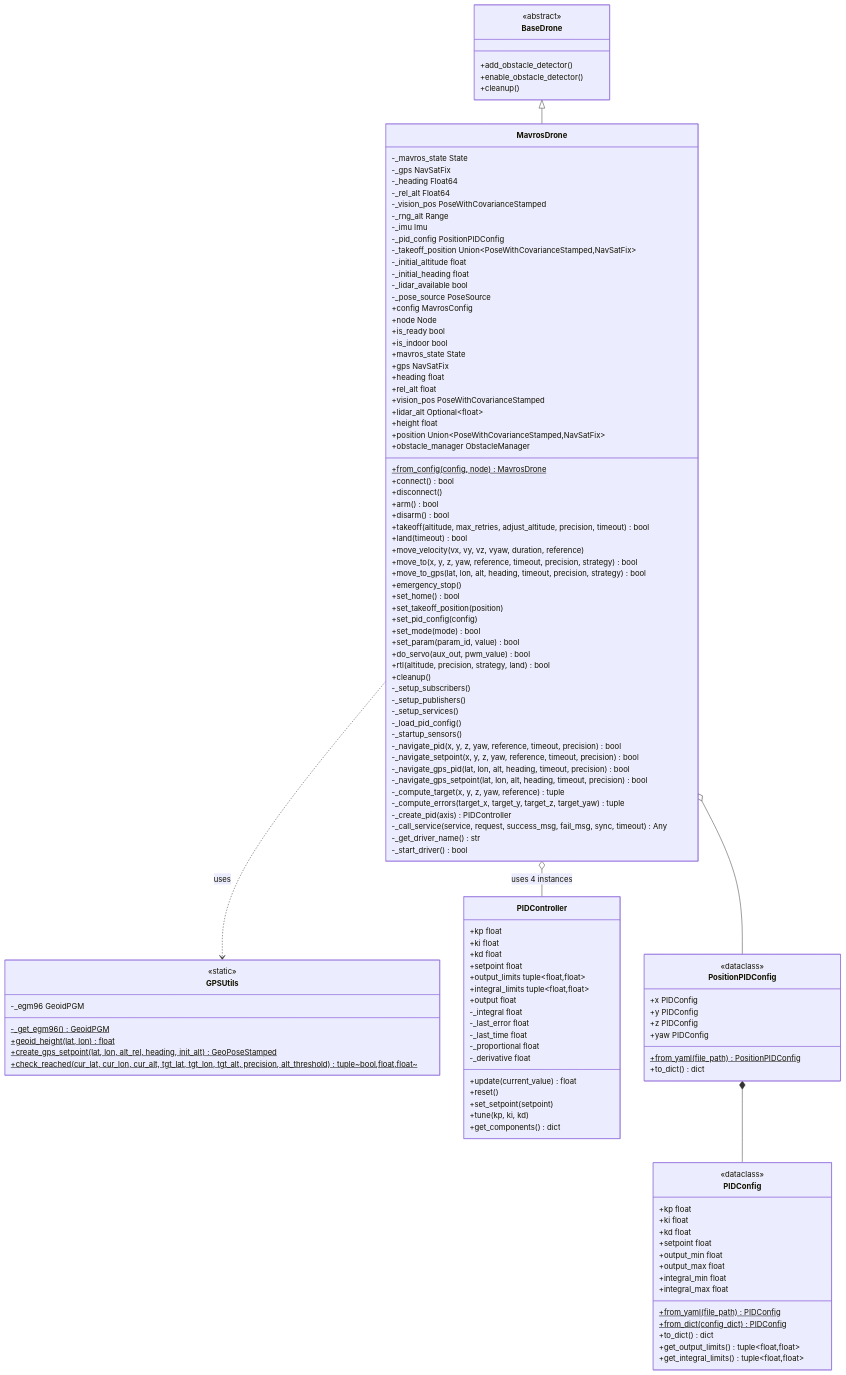
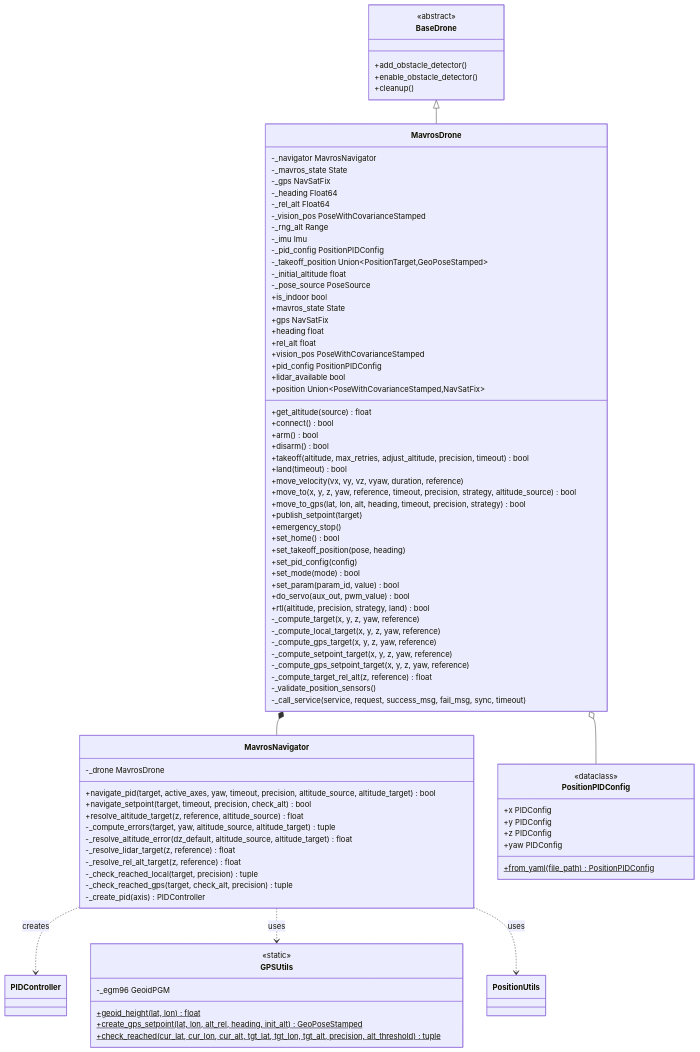
The first of 2 diagrams in mirela_sdk/mirela_sdk/control/mavros/README.md (Black-Bee-Drones/nectar-sdk), drawn with Mermaid before and after one commit. The commit also changed other lines of this file and 2 other files, not shown here.

Commit message:
docs(mavros):  README with key concepts, flight modes, EKF details, altitude types, and coordinate frames; update navigation references in code examples

````diff
--- a/mirela_sdk/mirela_sdk/control/mavros/README.md
+++ b/mirela_sdk/mirela_sdk/control/mavros/README.md
@@ -7,6 +65,7 @@
 ```mermaid
 classDiagram
     class MavrosDrone {
+        -_navigator MavrosNavigator
         -_mavros_state State
         -_gps NavSatFix
         -_heading Float64
@@ -15,89 +74,68 @@
         -_rng_alt Range
         -_imu Imu
         -_pid_config PositionPIDConfig
-        -_takeoff_position Union~PoseWithCovarianceStamped,NavSatFix~
+        -_takeoff_position Union~PositionTarget,GeoPoseStamped~
         -_initial_altitude float
-        -_initial_heading float
-        -_lidar_available bool
         -_pose_source PoseSource
-        +config MavrosConfig
-        +node Node
-        +is_ready bool
         +is_indoor bool
         +mavros_state State
         +gps NavSatFix
         +heading float
         +rel_alt float
         +vision_pos PoseWithCovarianceStamped
-        +lidar_alt Optional~float~
-        +height float
+         +pid_config PositionPIDConfig
+        +lidar_available bool
+        +get_altitude(source) float
         +position Union~PoseWithCovarianceStamped,NavSatFix~
-        +obstacle_manager ObstacleManager
-        +from_config(config, node)$ MavrosDrone
         +connect() bool
-        +disconnect()
         +arm() bool
         +disarm() bool
         +takeoff(altitude, max_retries, adjust_altitude, precision, timeout) bool
         +land(timeout) bool
         +move_velocity(vx, vy, vz, vyaw, duration, reference)
-        +move_to(x, y, z, yaw, reference, timeout, precision, strategy) bool
+        +move_to(x, y, z, yaw, reference, timeout, precision, strategy, altitude_source) bool
         +move_to_gps(lat, lon, alt, heading, timeout, precision, strategy) bool
+        +publish_setpoint(target)
         +emergency_stop()
         +set_home() bool
-        +set_takeoff_position(position)
+        +set_takeoff_position(pose, heading)
         +set_pid_config(config)
         +set_mode(mode) bool
         +set_param(param_id, value) bool
         +do_servo(aux_out, pwm_value) bool
         +rtl(altitude, precision, strategy, land) bool
-        +cleanup()
-        -_setup_subscribers()
-        -_setup_publishers()
-        -_setup_services()
-        -_load_pid_config()
-        -_startup_sensors()
-        -_navigate_pid(x, y, z, yaw, reference, timeout, precision) bool
-        -_navigate_setpoint(x, y, z, yaw, reference, timeout, precision) bool
-        -_navigate_gps_pid(lat, lon, alt, heading, timeout, precision) bool
-        -_navigate_gps_setpoint(lat, lon, alt, heading, timeout, precision) bool
-        -_compute_target(x, y, z, yaw, reference) tuple
-        -_compute_errors(target_x, target_y, target_z, target_yaw) tuple
+        -_compute_target(x, y, z, yaw, reference)
+        -_compute_local_target(x, y, z, yaw, reference)
+        -_compute_gps_target(x, y, z, yaw, reference)
+        -_compute_setpoint_target(x, y, z, yaw, reference)
+        -_compute_gps_setpoint_target(x, y, z, yaw, reference)
+        -_compute_target_rel_alt(z, reference) float
+        -_validate_position_sensors()
+        -_call_service(service, request, success_msg, fail_msg, sync, timeout)
+    }
+
+    class MavrosNavigator {
+        -_drone MavrosDrone
+        +navigate_pid(target, active_axes, yaw, timeout, precision, altitude_source, altitude_target) bool
+        +navigate_setpoint(target, timeout, precision, check_alt) bool
+        +resolve_altitude_target(z, reference, altitude_source) float
+        -_compute_errors(target, yaw, altitude_source, altitude_target) tuple
+        -_resolve_altitude_error(dz_default, altitude_source, altitude_target) float
+        -_resolve_lidar_target(z, reference) float
+        -_resolve_rel_alt_target(z, reference) float
+        -_check_reached_local(target, precision) tuple
+        -_check_reached_gps(target, check_alt, precision) tuple
         -_create_pid(axis) PIDController
-        -_call_service(service, request, success_msg, fail_msg, sync, timeout) Any
-        -_get_driver_name() str
-        -_start_driver() bool
     }
-    
+
     class GPSUtils {
         <<static>>
         -_egm96 GeoidPGM
-        -_get_egm96()$ GeoidPGM
         +geoid_height(lat, lon)$ float
         +create_gps_setpoint(lat, lon, alt_rel, heading, init_alt)$ GeoPoseStamped
-        +check_reached(cur_lat, cur_lon, cur_alt, tgt_lat, tgt_lon, tgt_alt, precision, alt_threshold)$ tuple~bool,float,float~
+        +check_reached(cur_lat, cur_lon, cur_alt, tgt_lat, tgt_lon, tgt_alt, precision, alt_threshold)$ tuple
     }
-    
-    class PIDController {
-        +kp float
-        +ki float
-        +kd float
-        +setpoint float
-        +output_limits tuple~float,float~
-        +integral_limits tuple~float,float~
-        +output float
-        -_integral float
-        -_last_error float
-        -_last_time float
-        -_proportional float
-        -_derivative float
-        +update(current_value) float
-        +reset()
-        +set_setpoint(setpoint)
-        +tune(kp, ki, kd)
-        +get_components() dict
-    }
-    
+
     class PositionPIDConfig {
         <<dataclass>>
         +x PIDConfig
@@ -105,36 +143,19 @@
         +z PIDConfig
         +yaw PIDConfig
         +from_yaml(file_path)$ PositionPIDConfig
-        +to_dict() dict
     }
-    
-    class PIDConfig {
-        <<dataclass>>
-        +kp float
-        +ki float
-        +kd float
-        +setpoint float
-        +output_min float
-        +output_max float
-        +integral_min float
-        +integral_max float
-        +from_yaml(file_path)$ PIDConfig
-        +from_dict(config_dict)$ PIDConfig
-        +to_dict() dict
-        +get_output_limits() tuple~float,float~
-        +get_integral_limits() tuple~float,float~
-    }
-    
+
     class BaseDrone {
         <<abstract>>
         +add_obstacle_detector()
         +enable_obstacle_detector()
         +cleanup()
     }
-    
+
     BaseDrone <|-- MavrosDrone
-    MavrosDrone o-- PIDController : uses 4 instances
+    MavrosDrone *-- MavrosNavigator
+    MavrosNavigator ..> PIDController : creates
+    MavrosNavigator ..> GPSUtils : uses
+    MavrosNavigator ..> PositionUtils : uses
     MavrosDrone o-- PositionPIDConfig
-    MavrosDrone ..> GPSUtils : uses
-    PositionPIDConfig *-- PIDConfig
 ```
````
